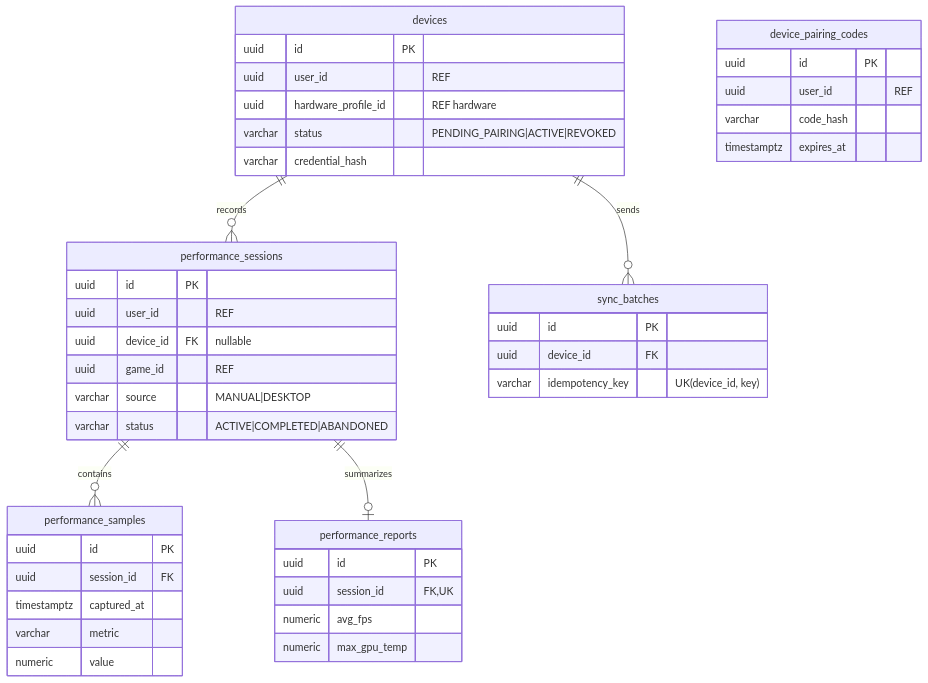
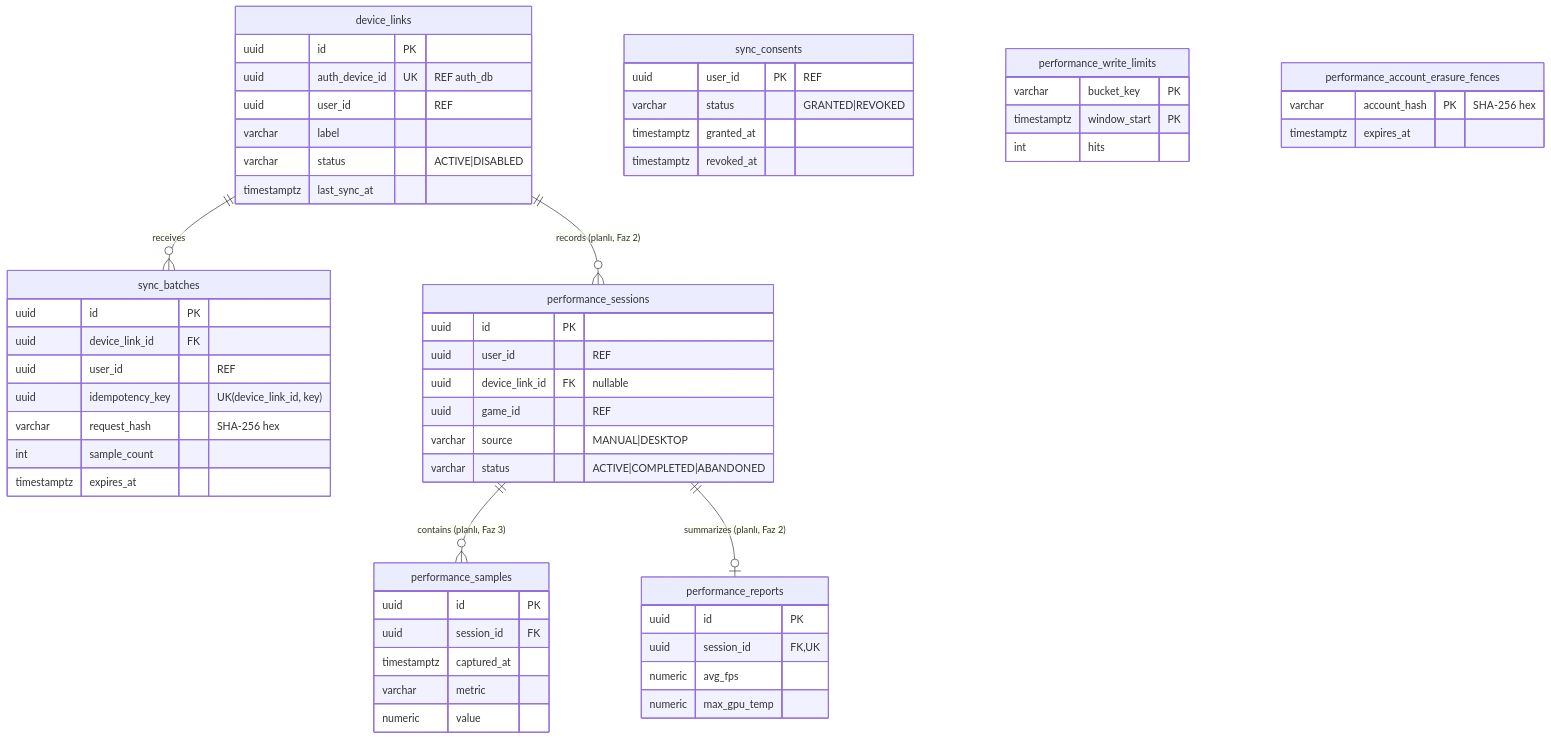
Before and after one commit to alperrte/lobbytwozero: diagram 27 of 29 in docs/er-diagram.md, drawn with Mermaid. The commit also changed other lines of this file and 102 other files, not shown here.

````diff
--- a/docs/er-diagram.md
+++ b/docs/er-diagram.md
@@ -1219,47 +1222,61 @@
 ```mermaid
 erDiagram
-  devices ||--o{ performance_sessions : records
-  performance_sessions ||--o{ performance_samples : contains
-  performance_sessions ||--o| performance_reports : summarizes
-  devices ||--o{ sync_batches : sends
+  device_links ||--o{ sync_batches : receives
+  device_links ||--o{ performance_sessions : "records (planlı, Faz 2)"
+  performance_sessions ||--o{ performance_samples : "contains (planlı, Faz 3)"
+  performance_sessions ||--o| performance_reports : "summarizes (planlı, Faz 2)"
 
-  devices {
+  sync_consents {
+    uuid user_id PK "REF"
+    varchar status "GRANTED|REVOKED"
+    timestamptz granted_at
+    timestamptz revoked_at
+  }
+  device_links {
     uuid id PK
+    uuid auth_device_id UK "REF auth_db"
     uuid user_id "REF"
-    uuid hardware_profile_id "REF hardware"
-    varchar status "PENDING_PAIRING|ACTIVE|REVOKED"
-    varchar credential_hash
+    varchar label
+    varchar status "ACTIVE|DISABLED"
+    timestamptz last_sync_at
   }
-  device_pairing_codes {
+  sync_batches {
     uuid id PK
+    uuid device_link_id FK
     uuid user_id "REF"
-    varchar code_hash
+    uuid idempotency_key "UK(device_link_id, key)"
+    varchar request_hash "SHA-256 hex"
+    int sample_count
+    timestamptz expires_at
+  }
+  performance_write_limits {
+    varchar bucket_key PK
+    timestamptz window_start PK
+    int hits
+  }
+  performance_account_erasure_fences {
+    varchar account_hash PK "SHA-256 hex"
     timestamptz expires_at
   }
   performance_sessions {
     uuid id PK
     uuid user_id "REF"
-    uuid device_id FK "nullable"
+    uuid device_link_id FK "nullable"
     uuid game_id "REF"
     varchar source "MANUAL|DESKTOP"
     varchar status "ACTIVE|COMPLETED|ABANDONED"
   }
   performance_samples {
     uuid id PK
     uuid session_id FK
     timestamptz captured_at
     varchar metric
     numeric value
   }
   performance_reports {
     uuid id PK
     uuid session_id FK,UK
     numeric avg_fps
     numeric max_gpu_temp
   }
-  sync_batches {
-    uuid id PK
-    uuid device_id FK
-    varchar idempotency_key "UK(device_id, key)"
-  }
 ```
````
